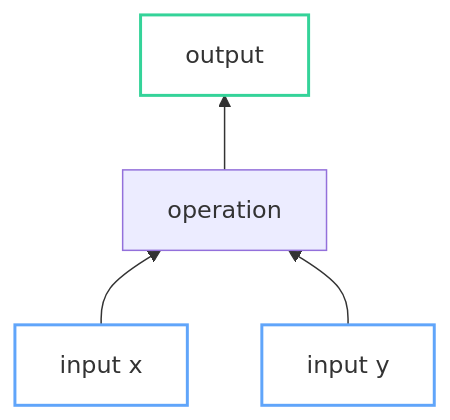
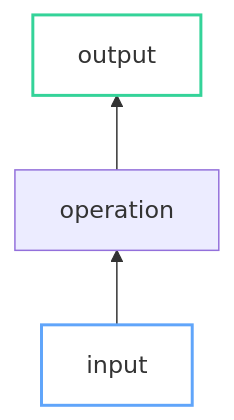
The diagram in CLAUDE.md (bolu-atx/bolu-atx.github.io), drawn with Mermaid before and after one commit. The commit also changed other lines of this file and 2 other files, not shown here.

First line of the commit message:
Add mermaid lightbox with pan/zoom and mobile optimizations

````diff
--- a/CLAUDE.md
+++ b/CLAUDE.md
@@ -83,16 +59,9 @@
 ```mermaid
 graph BT
-    x["input x"]
-    y["input y"]
-    op["operation"]
-    out["output"]
-
-    x --> op
-    y --> op
-    op --> out
+    x["input"] --> op["operation"] --> out["output"]
 
     classDef input fill:none,stroke:#60a5fa,stroke-width:2px
     classDef output fill:none,stroke:#34d399,stroke-width:2px
-    class x,y input
+    class x input
     class out output
 ```
````
